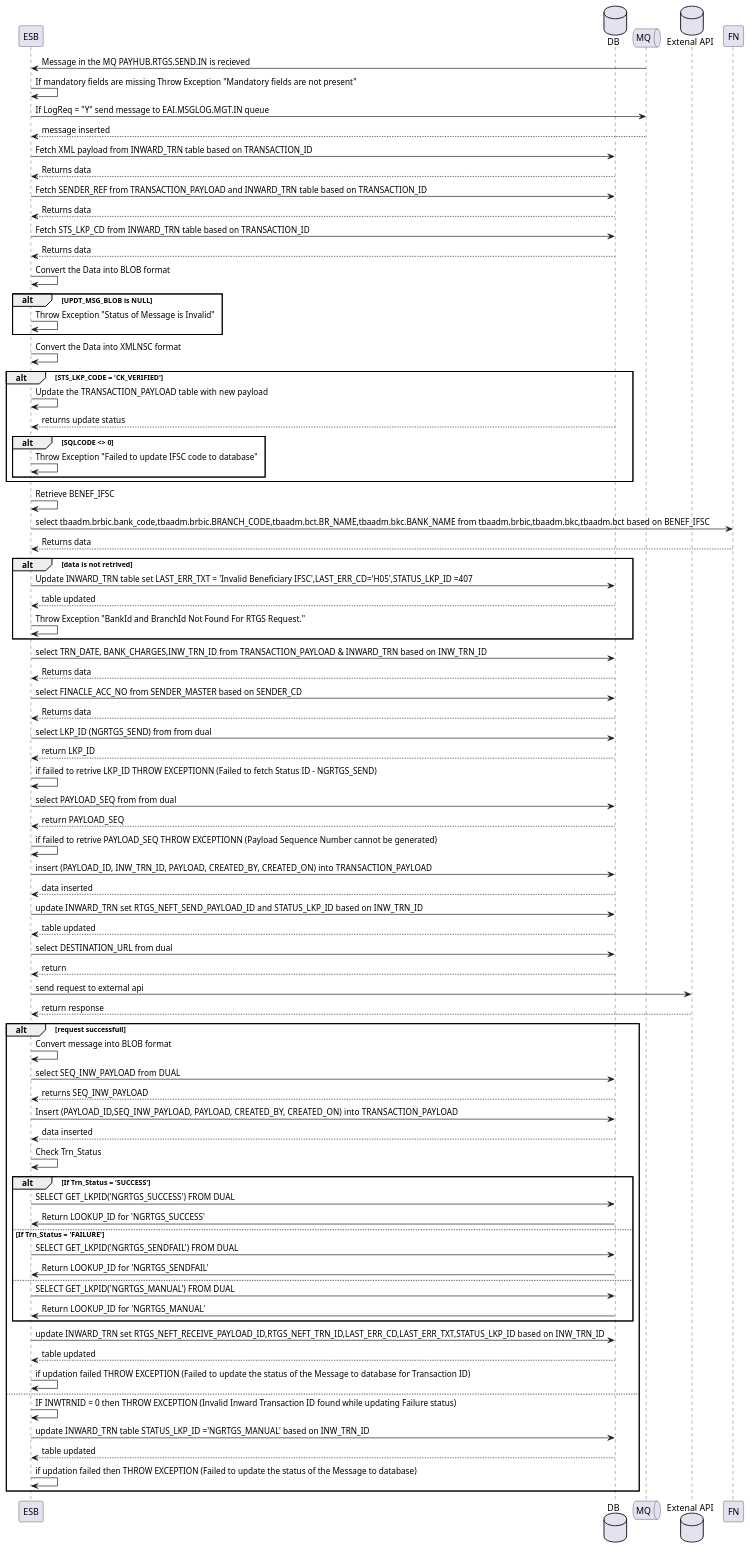
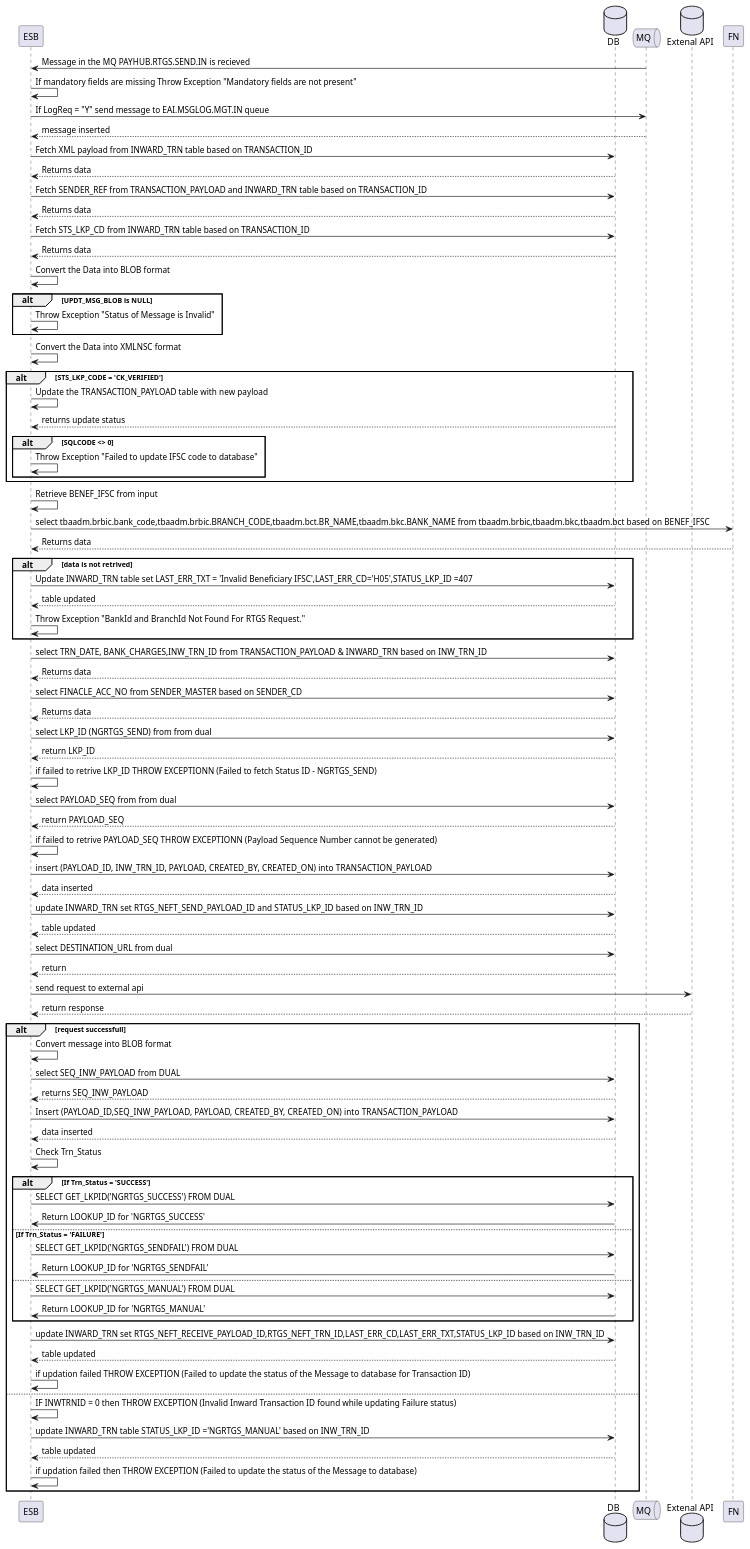
Before and after one commit to abhay113/SIB-PLANT-UML: the diagram in rtgs/rtgs_send.puml, drawn with PlantUML. The commit also changed 6 other files, not shown here.

```diff
--- a/rtgs/rtgs_send.puml
+++ b/rtgs/rtgs_send.puml
@@ -1,108 +1,109 @@
 @startuml RTGS SEND
 
 participant ESB
 Database "DB" as DB
 Queue "MQ" as MQ
 Database "Extenal API" as RTGS
 
 MQ-> ESB :  Message in the MQ PAYHUB.RTGS.SEND.IN is recieved
 
 ESB -> ESB : If mandatory fields are missing Throw Exception "Mandatory fields are not present"
 
 ESB -> MQ: If LogReq = "Y" send message to EAI.MSGLOG.MGT.IN queue
 MQ --> ESB: message inserted
 
 ESB -> DB : Fetch XML payload from INWARD_TRN table based on TRANSACTION_ID
 DB --> ESB : Returns data
 
 ESB -> DB : Fetch SENDER_REF from TRANSACTION_PAYLOAD and INWARD_TRN table based on TRANSACTION_ID
 DB --> ESB : Returns data
 
 ESB -> DB : Fetch STS_LKP_CD from INWARD_TRN table based on TRANSACTION_ID
 DB --> ESB : Returns data
 
 ESB -> ESB : Convert the Data into BLOB format
 
 alt UPDT_MSG_BLOB is NULL
     ESB -> ESB : Throw Exception "Status of Message is Invalid"
 end
 
 ESB -> ESB : Convert the Data into XMLNSC format
 
 alt STS_LKP_CODE = 'CK_VERIFIED'
     ESB -> ESB : Update the TRANSACTION_PAYLOAD table with new payload
     DB --> ESB : returns update status
     alt SQLCODE <> 0 
         ESB -> ESB : Throw Exception "Failed to update IFSC code to database"
     end
 end
 
-ESB -> ESB :  Retrieve BENEF_IFSC
+ESB -> ESB :  Retrieve BENEF_IFSC from input   
 ESB -> FN : select tbaadm.brbic.bank_code,tbaadm.brbic.BRANCH_CODE,tbaadm.bct.BR_NAME,tbaadm.bkc.BANK_NAME from  tbaadm.brbic,tbaadm.bkc,tbaadm.bct based on BENEF_IFSC
 FN --> ESB : Returns data
 
 alt data is not retrived
     ESB -> DB : Update INWARD_TRN table set LAST_ERR_TXT = 'Invalid Beneficiary IFSC',LAST_ERR_CD='H05',STATUS_LKP_ID =407
     DB --> ESB : table updated
     ESB -> ESB : Throw Exception "BankId and BranchId Not Found For RTGS Request."
 end
+
 
 ESB -> DB : select TRN_DATE, BANK_CHARGES,INW_TRN_ID from TRANSACTION_PAYLOAD & INWARD_TRN based on INW_TRN_ID
 DB --> ESB : Returns data
 
 ESB -> DB : select FINACLE_ACC_NO from SENDER_MASTER based on SENDER_CD
 DB --> ESB : Returns data
 
 ESB -> DB : select LKP_ID (NGRTGS_SEND) from from dual
 DB --> ESB : return LKP_ID
 ESB -> ESB : if failed to retrive LKP_ID THROW EXCEPTIONN (Failed to fetch Status ID - NGRTGS_SEND)
 
 ESB -> DB : select PAYLOAD_SEQ from from dual
 DB --> ESB : return PAYLOAD_SEQ
 ESB -> ESB : if failed to retrive PAYLOAD_SEQ THROW EXCEPTIONN (Payload Sequence Number cannot be generated)
 
 ESB -> DB : insert (PAYLOAD_ID, INW_TRN_ID, PAYLOAD, CREATED_BY, CREATED_ON) into TRANSACTION_PAYLOAD
 DB --> ESB : data inserted
 
 ESB -> DB : update INWARD_TRN set RTGS_NEFT_SEND_PAYLOAD_ID and STATUS_LKP_ID based on  INW_TRN_ID
 DB --> ESB : table updated
 
 ESB -> DB : select DESTINATION_URL from dual 
 DB --> ESB : return 
 
 ESB -> RTGS : send request to external api
 RTGS --> ESB : return response
 alt request successfull
 
     ESB -> ESB : Convert message into BLOB format 
 
     ESB -> DB : select SEQ_INW_PAYLOAD from DUAL 
     DB --> ESB : returns SEQ_INW_PAYLOAD
 
     ESB -> DB : Insert (PAYLOAD_ID,SEQ_INW_PAYLOAD, PAYLOAD, CREATED_BY, CREATED_ON) into TRANSACTION_PAYLOAD
     DB --> ESB : data inserted  
 
     ESB -> ESB: Check Trn_Status
     alt If Trn_Status = 'SUCCESS'
         ESB -> DB: SELECT GET_LKPID('NGRTGS_SUCCESS') FROM DUAL
         DB -> ESB: Return LOOKUP_ID for 'NGRTGS_SUCCESS'
     else If Trn_Status = 'FAILURE'
         ESB -> DB:  SELECT GET_LKPID('NGRTGS_SENDFAIL') FROM DUAL
         DB -> ESB: Return LOOKUP_ID for 'NGRTGS_SENDFAIL'
     else
         ESB -> DB:  SELECT GET_LKPID('NGRTGS_MANUAL') FROM DUAL
         DB -> ESB: Return LOOKUP_ID for 'NGRTGS_MANUAL'
     end
 
     ESB -> DB : update INWARD_TRN set RTGS_NEFT_RECEIVE_PAYLOAD_ID,RTGS_NEFT_TRN_ID,LAST_ERR_CD,LAST_ERR_TXT,STATUS_LKP_ID  based on INW_TRN_ID
     DB --> ESB : table updated
 
     ESB -> ESB : if updation failed THROW EXCEPTION  (Failed to update the status of the Message to database for Transaction ID)
 else
     ESB -> ESB : IF INWTRNID = 0 then THROW EXCEPTION (Invalid Inward Transaction ID found while updating Failure status)
     ESB -> DB : update INWARD_TRN table STATUS_LKP_ID ='NGRTGS_MANUAL' based on INW_TRN_ID
     DB --> ESB : table updated
     ESB -> ESB : if updation failed then THROW EXCEPTION (Failed to update the status of the Message to database)  
 end
 
 @enduml
```
